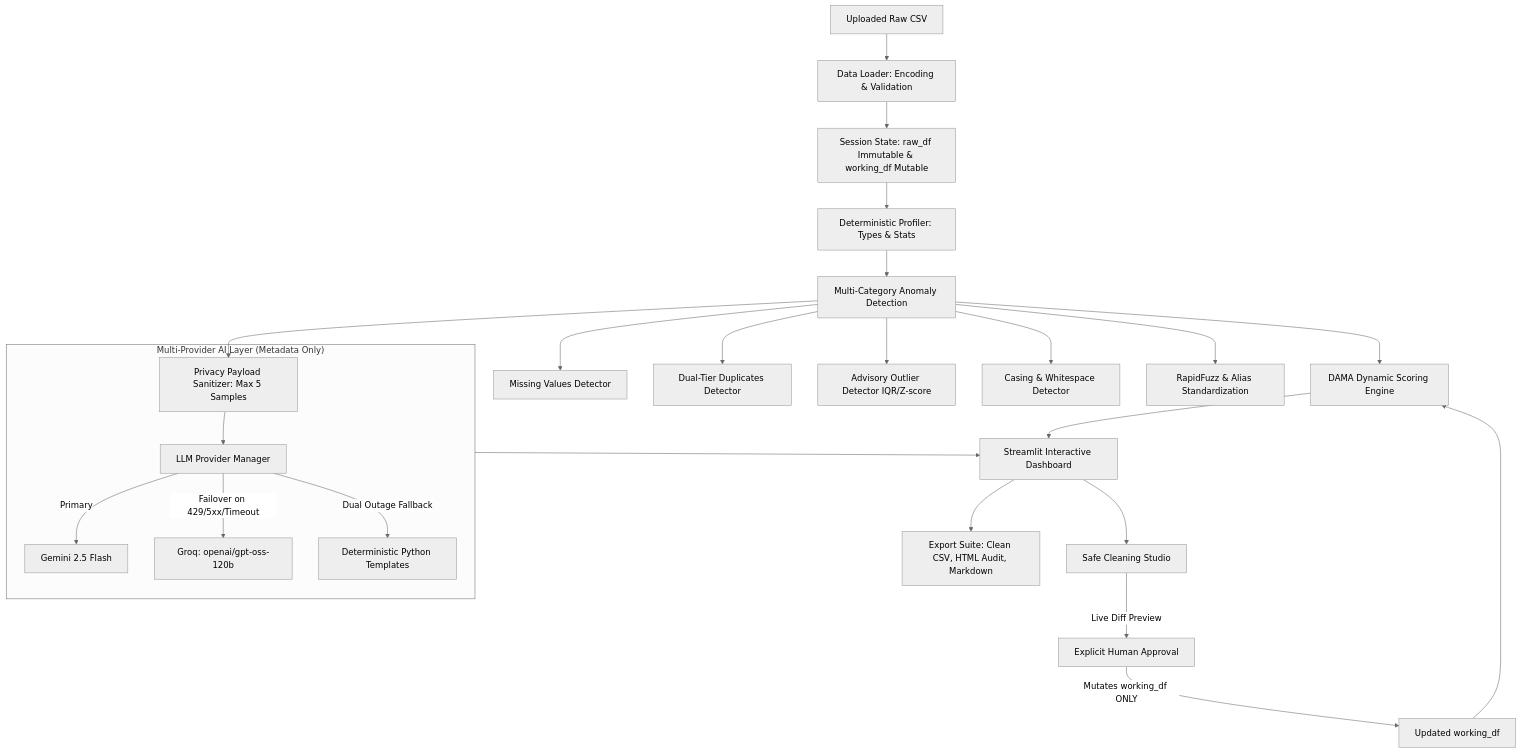
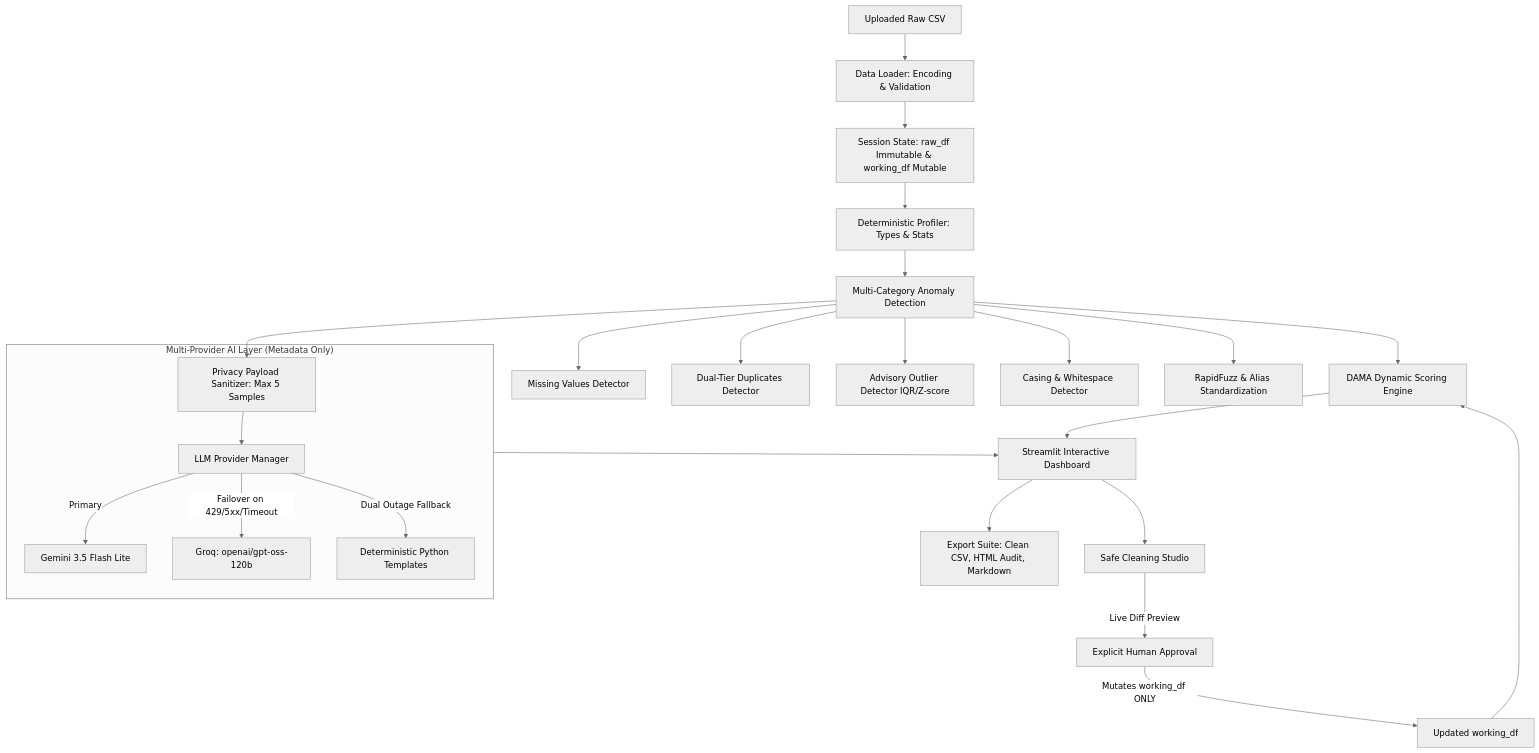
Before and after one commit to chakradharreddy2004/DataGuard-AI: the first of 2 diagrams in README.md, drawn with Mermaid (neutral theme). The commit also changed other lines of this file and 3 other files, not shown here.

Commit message:
Update default Gemini model to gemini-3.5-flash-lite across README, models, and configuration

````diff
--- a/README.md
+++ b/README.md
@@ -29,34 +29,34 @@
 ```mermaid
 flowchart TD
     CSV[Uploaded Raw CSV] --> DataLoader[Data Loader: Encoding & Validation]
     DataLoader --> StateInit[Session State: raw_df Immutable & working_df Mutable]
     StateInit --> Profiler[Deterministic Profiler: Types & Stats]
     
     Profiler --> Detectors[Multi-Category Anomaly Detection]
     Detectors --> Missing[Missing Values Detector]
     Detectors --> Dups[Dual-Tier Duplicates Detector]
     Detectors --> Outliers[Advisory Outlier Detector IQR/Z-score]
     Detectors --> Inconsistencies[Casing & Whitespace Detector]
     Detectors --> RapidFuzz[RapidFuzz & Alias Standardization]
     
     Detectors --> Scoring[DAMA Dynamic Scoring Engine]
     
     subgraph MultiProviderAI ["Multi-Provider AI Layer (Metadata Only)"]
         Sanitizer[Privacy Payload Sanitizer: Max 5 Samples] --> LLMManager[LLM Provider Manager]
-        LLMManager -->|Primary| Gemini[Gemini 2.5 Flash]
+        LLMManager -->|Primary| Gemini[Gemini 3.5 Flash Lite]
         LLMManager -->|Failover on 429/5xx/Timeout| Groq[Groq: openai/gpt-oss-120b]
         LLMManager -->|Dual Outage Fallback| Templates[Deterministic Python Templates]
     end
     
     Detectors --> Sanitizer
     
     Scoring --> Dashboard[Streamlit Interactive Dashboard]
     MultiProviderAI --> Dashboard
     
     Dashboard --> CleaningStudio[Safe Cleaning Studio]
     CleaningStudio -->|Live Diff Preview| UserApproval[Explicit Human Approval]
     UserApproval -->|Mutates working_df ONLY| UpdatedWorkingDF[Updated working_df]
     UpdatedWorkingDF --> Scoring
     
     Dashboard --> Exporters[Export Suite: Clean CSV, HTML Audit, Markdown]
 ```
````
